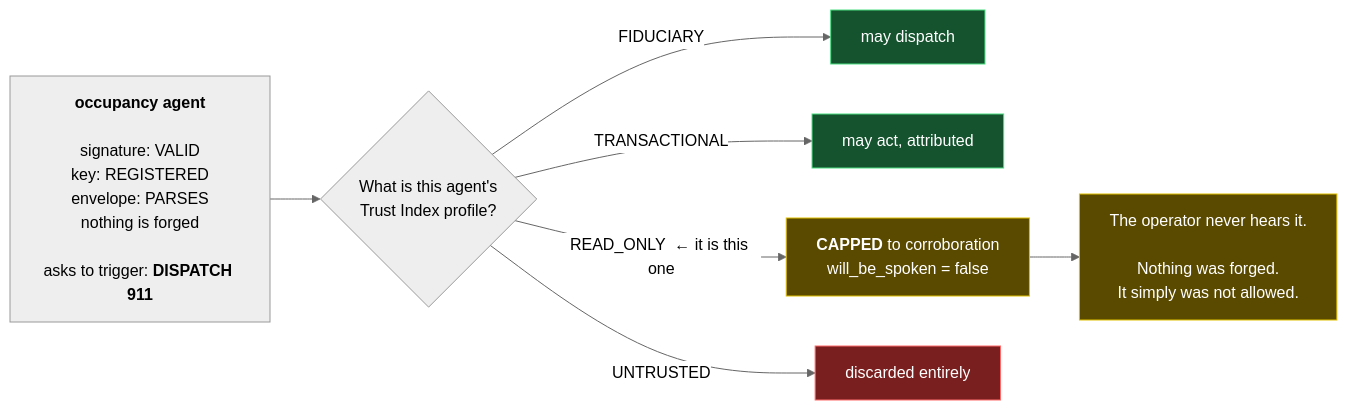
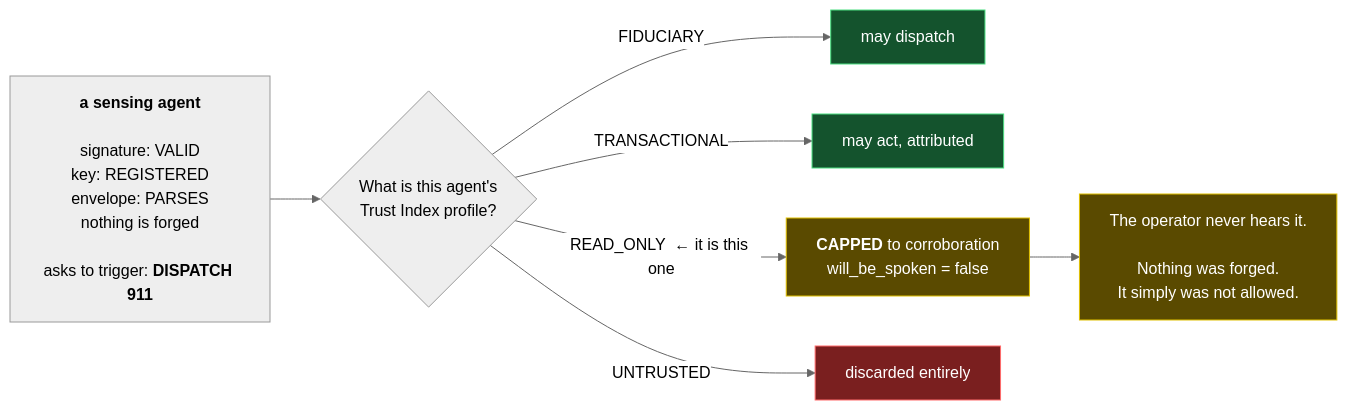
Before and after one commit to cayden-h/Radar: the third of 4 diagrams in docs/trust-layer-explained.md, drawn with Mermaid (neutral theme). The commit also changed other lines of this file and 107 other files, not shown here.

````diff
--- a/docs/trust-layer-explained.md
+++ b/docs/trust-layer-explained.md
@@ -102,17 +102,17 @@
 ```mermaid
 flowchart LR
-    A["<b>occupancy agent</b><br/><br/>signature: VALID<br/>key: REGISTERED<br/>envelope: PARSES<br/>nothing is forged<br/><br/>asks to trigger: <b>DISPATCH 911</b>"]
+    A["<b>a sensing agent</b><br/><br/>signature: VALID<br/>key: REGISTERED<br/>envelope: PARSES<br/>nothing is forged<br/><br/>asks to trigger: <b>DISPATCH 911</b>"]
     A --> Q{"What is this agent's<br/>Trust Index profile?"}
     Q -->|FIDUCIARY| F["may dispatch"]
     Q -->|TRANSACTIONAL| T["may act, attributed"]
     Q -->|"READ_ONLY  ← it is this one"| R["<b>CAPPED</b> to corroboration<br/>will_be_spoken = false"]
     Q -->|UNTRUSTED| U["discarded entirely"]
     R --> O["The operator never hears it.<br/><br/>Nothing was forged.<br/>It simply was not allowed."]
 
     classDef warn fill:#5a4a00,stroke:#e0c000,color:#fff
     classDef bad fill:#7a1f1f,stroke:#ff6b6b,color:#fff
     classDef ok fill:#14532d,stroke:#4ade80,color:#fff
     class R,O warn
     class U bad
     class F,T ok
 ```
````
